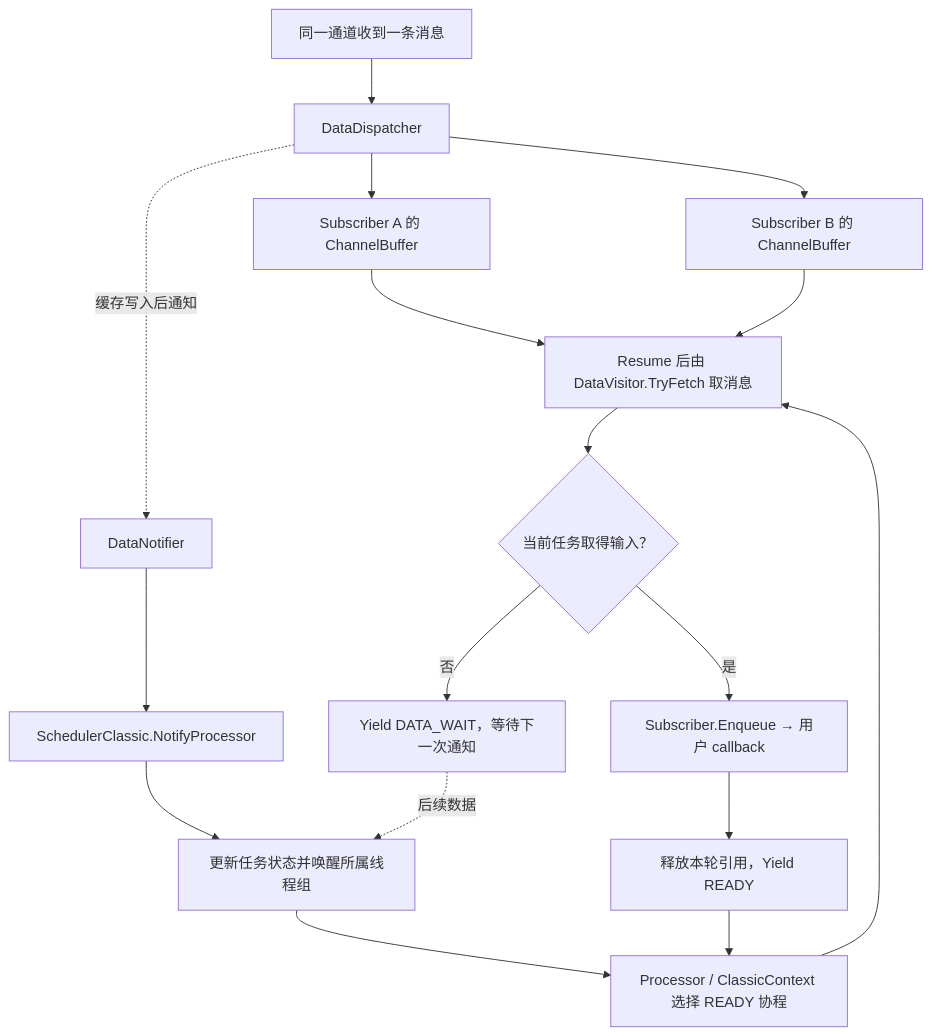
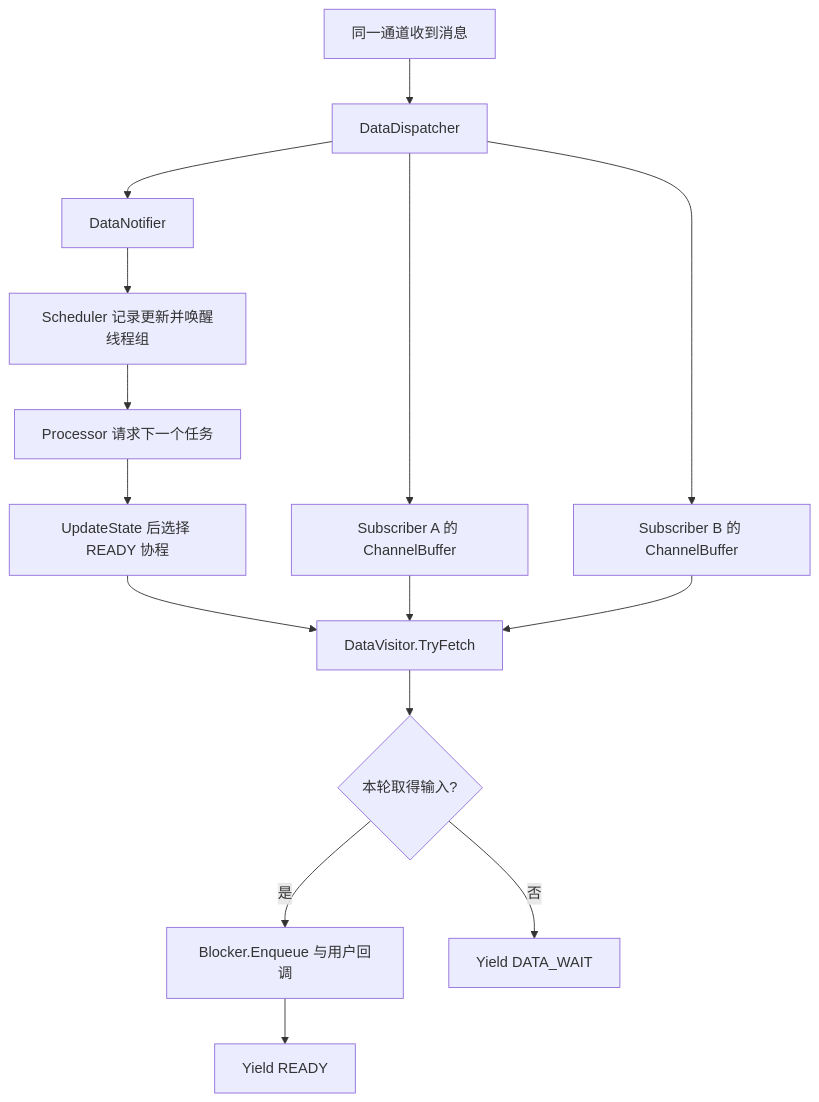
One commit to jzh03/cpp_MINI-CyberRT changed the eighth of 13 diagrams in doc/architecture.md. Above: the diagram before and after it, drawn with Mermaid. The commit also changed other lines of this file and 13 other files, not shown here.

````diff
--- a/doc/architecture.md
+++ b/doc/architecture.md
@@ -397,19 +302,17 @@
 ```mermaid
 flowchart TD
-    MSG[同一通道收到一条消息] --> DD[DataDispatcher]
-    DD --> B1[Subscriber A 的 ChannelBuffer]
-    DD --> B2[Subscriber B 的 ChannelBuffer]
-    DD -. 缓存写入后通知 .-> DN[DataNotifier]
-    DN --> NOTIFY[SchedulerClassic.NotifyProcessor]
-    NOTIFY --> READY[更新任务状态并唤醒所属线程组]
-    READY --> PICK[Processor / ClassicContext 选择 READY 协程]
-    PICK --> FETCH[Resume 后由 DataVisitor.TryFetch 取消息]
-    B1 --> FETCH
-    B2 --> FETCH
-    FETCH --> HAS{当前任务取得输入？}
-    HAS -->|是| CALL[Subscriber.Enqueue → 用户 callback]
-    CALL --> YIELD[释放本轮引用，Yield READY]
-    YIELD --> PICK
-    HAS -->|否| WAIT[Yield DATA_WAIT，等待下一次通知]
-    WAIT -. 后续数据 .-> READY
+    M[同一通道收到消息] --> D[DataDispatcher]
+    D --> A[Subscriber A 的 ChannelBuffer]
+    D --> B[Subscriber B 的 ChannelBuffer]
+    D --> N[DataNotifier]
+    N --> U[Scheduler 记录更新并唤醒线程组]
+    U --> P[Processor 请求下一个任务]
+    P --> S[UpdateState 后选择 READY 协程]
+    S --> T[DataVisitor.TryFetch]
+    A --> T
+    B --> T
+    T --> Q{本轮取得输入?}
+    Q -->|是| C[Blocker.Enqueue 与用户回调]
+    Q -->|否| W[Yield DATA_WAIT]
+    C --> Y[Yield READY]
 ```
````
